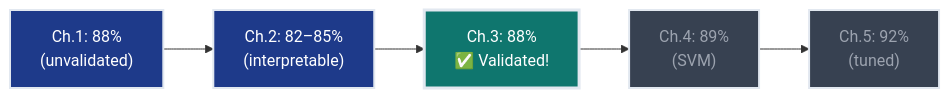
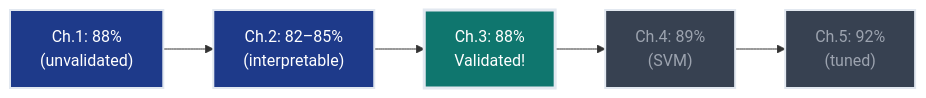
One commit to dsgouda7/ai-portfolio changed the eighth of 8 diagrams in notes/01-ml/02-classification/ch03_metrics/README.md. Above: the diagram before and after it, drawn with Mermaid. The commit also changed other lines of this file and 179 other files, not shown here.

````diff
--- a/notes/01-ml/02-classification/ch03_metrics/README.md
+++ b/notes/01-ml/02-classification/ch03_metrics/README.md
@@ -1096,12 +1080,12 @@
 ```mermaid
 graph LR
-    A["Ch.1: 88%<br/>(unvalidated)"] --> B["Ch.2: 82–85%<br/>(interpretable)"]
-    B --> C["Ch.3: 88%<br/>✅ Validated!"]
-    C --> D["Ch.4: 89%<br/>(SVM)"]
-    D --> E["Ch.5: 92%<br/>(tuned)"]
-    style C fill:#0f766e,stroke:#e2e8f0,stroke-width:3px,color:#ffffff
-    style A fill:#1e3a8a,stroke:#e2e8f0,stroke-width:2px,color:#ffffff
-    style B fill:#1e3a8a,stroke:#e2e8f0,stroke-width:2px,color:#ffffff
-    style D fill:#374151,stroke:#e2e8f0,stroke-width:2px,color:#9ca3af
-    style E fill:#374151,stroke:#e2e8f0,stroke-width:2px,color:#9ca3af
+ A["Ch.1: 88%<br/>(unvalidated)"] --> B["Ch.2: 82–85%<br/>(interpretable)"]
+ B --> C["Ch.3: 88%<br/> Validated!"]
+ C --> D["Ch.4: 89%<br/>(SVM)"]
+ D --> E["Ch.5: 92%<br/>(tuned)"]
+ style C fill:#0f766e,stroke:#e2e8f0,stroke-width:3px,color:#ffffff
+ style A fill:#1e3a8a,stroke:#e2e8f0,stroke-width:2px,color:#ffffff
+ style B fill:#1e3a8a,stroke:#e2e8f0,stroke-width:2px,color:#ffffff
+ style D fill:#374151,stroke:#e2e8f0,stroke-width:2px,color:#9ca3af
+ style E fill:#374151,stroke:#e2e8f0,stroke-width:2px,color:#9ca3af
 ```
````
